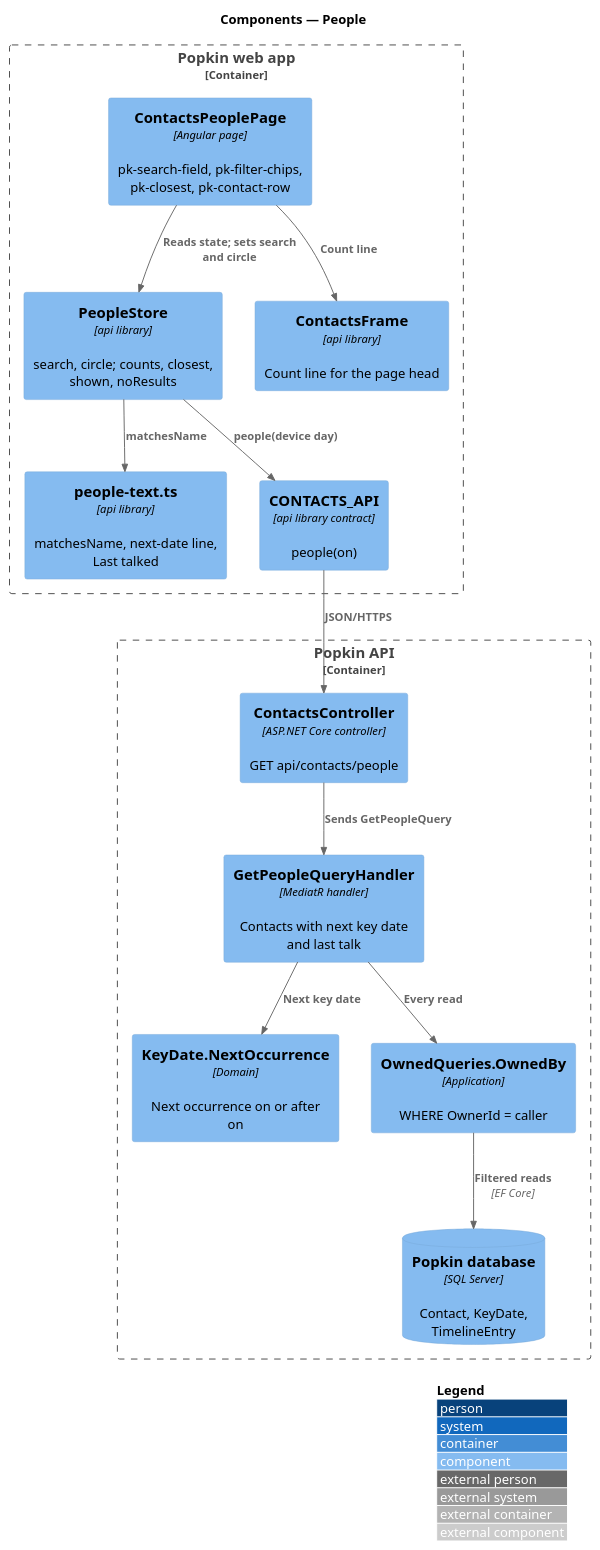
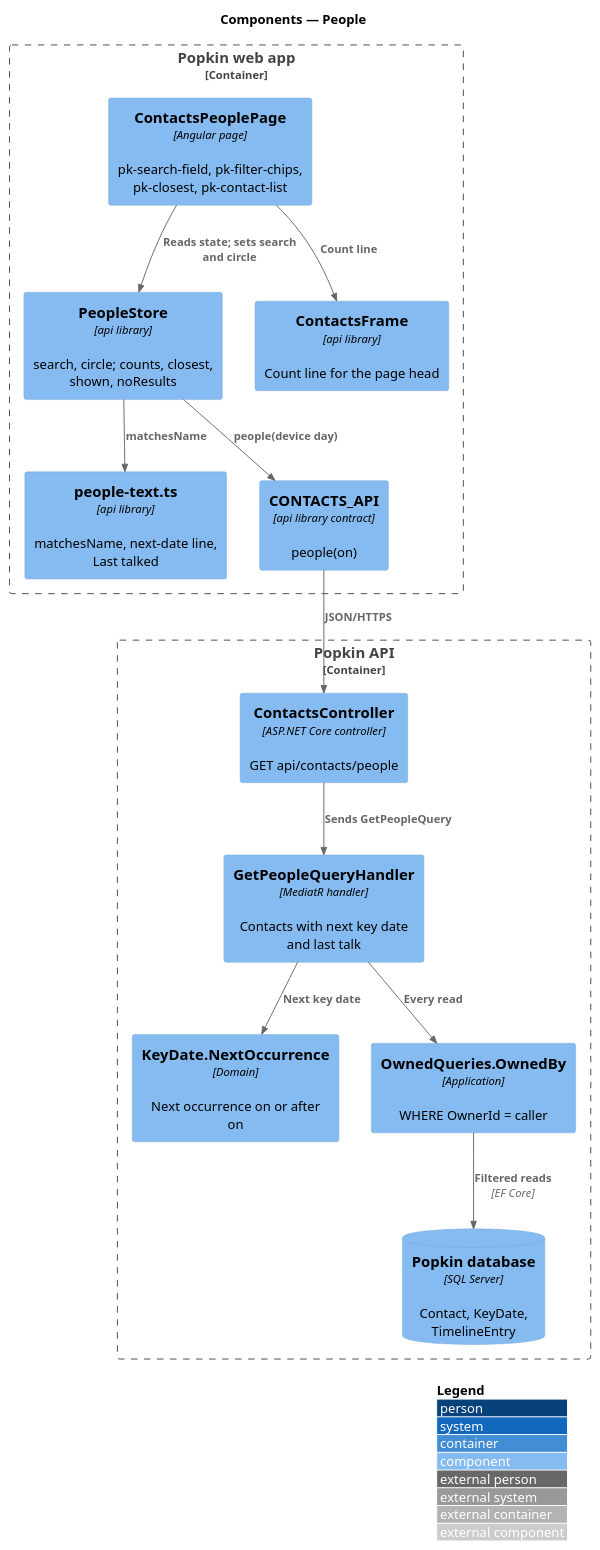
The diagram in docs/detailed-designs/contacts/people/diagrams/c4-component.puml (QuinntyneBrown/popkin), drawn with PlantUML before and after one commit. The commit also changed 17 other files, not shown here.

```diff
--- a/docs/detailed-designs/contacts/people/diagrams/c4-component.puml
+++ b/docs/detailed-designs/contacts/people/diagrams/c4-component.puml
@@ -1,29 +1,29 @@
 @startuml
 !include <C4/C4_Component>
 LAYOUT_WITH_LEGEND()
 title Components — People
 
 Container_Boundary(web, "Popkin web app") {
-  Component(page, "ContactsPeoplePage", "Angular page", "pk-search-field, pk-filter-chips, pk-closest, pk-contact-row")
+  Component(page, "ContactsPeoplePage", "Angular page", "pk-search-field, pk-filter-chips, pk-closest, pk-contact-list")
   Component(store, "PeopleStore", "api library", "search, circle; counts, closest, shown, noResults")
   Component(text, "people-text.ts", "api library", "matchesName, next-date line, Last talked")
   Component(frame, "ContactsFrame", "api library", "Count line for the page head")
   Component(client, "CONTACTS_API", "api library contract", "people(on)")
 }
 Container_Boundary(api, "Popkin API") {
   Component(ctrl, "ContactsController", "ASP.NET Core controller", "GET api/contacts/people")
   Component(handler, "GetPeopleQueryHandler", "MediatR handler", "Contacts with next key date and last talk")
   Component(occ, "KeyDate.NextOccurrence", "Domain", "Next occurrence on or after on")
   Component(owned, "OwnedQueries.OwnedBy", "Application", "WHERE OwnerId = caller")
   ComponentDb(db, "Popkin database", "SQL Server", "Contact, KeyDate, TimelineEntry")
 }
 Rel(page, store, "Reads state; sets search and circle")
 Rel(page, frame, "Count line")
 Rel(store, text, "matchesName")
 Rel(store, client, "people(device day)")
 Rel(client, ctrl, "JSON/HTTPS")
 Rel(ctrl, handler, "Sends GetPeopleQuery")
 Rel(handler, owned, "Every read")
 Rel(handler, occ, "Next key date")
 Rel(owned, db, "Filtered reads", "EF Core")
 @enduml
```
